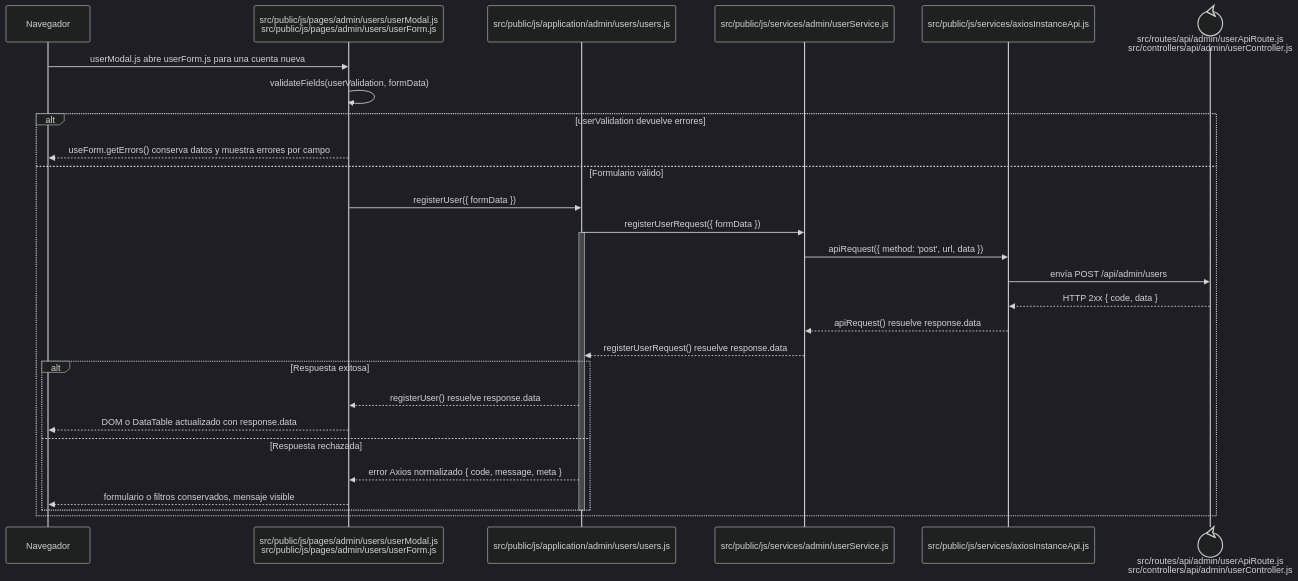
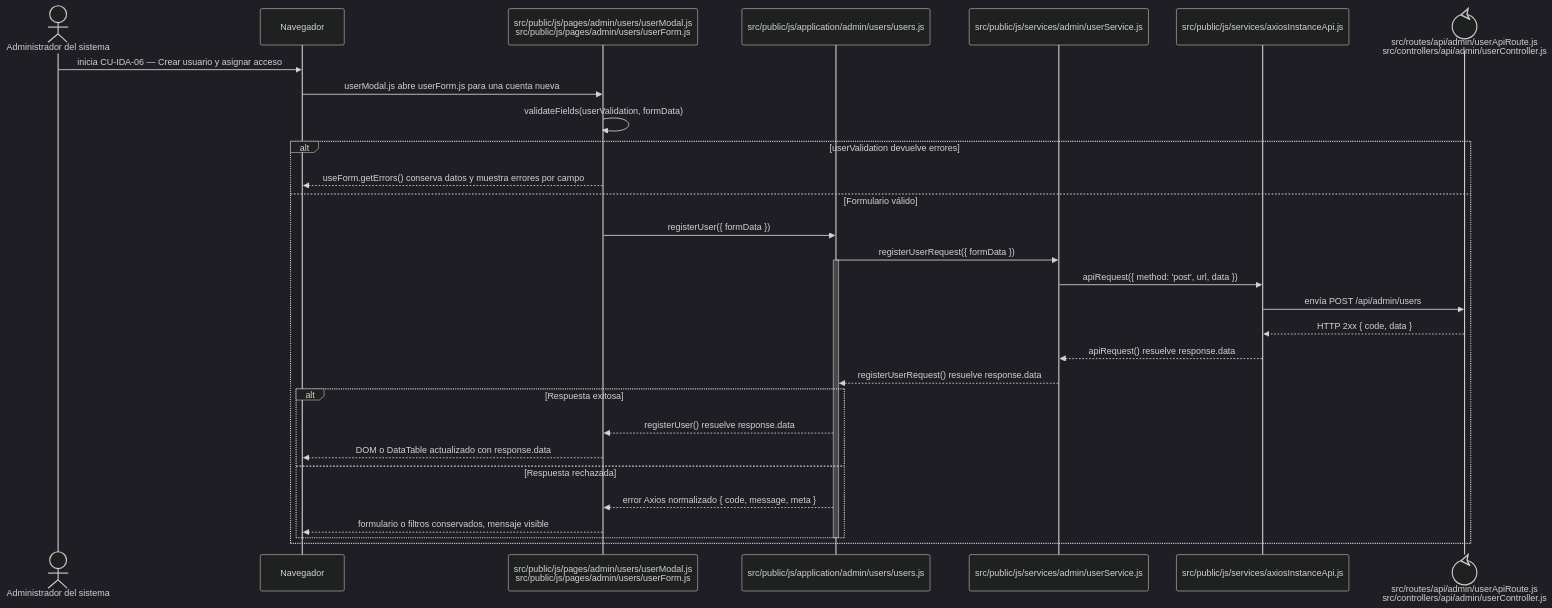
One commit to gpgsistemas01/nexus changed the diagram in docs/architecture/frontend-code-sequences/identity-access/cu-ida-06.md. Above: the diagram before and after it, drawn with Mermaid (dark theme). The commit also changed 105 other files, not shown here.

````diff
--- a/docs/architecture/frontend-code-sequences/identity-access/cu-ida-06.md
+++ b/docs/architecture/frontend-code-sequences/identity-access/cu-ida-06.md
@@ -6,32 +6,34 @@
 ```mermaid
 sequenceDiagram
+    actor Initiator as Administrador del sistema
     participant Browser as Navegador
     participant View as src/public/js/pages/admin/users/userModal.js<br/>src/public/js/pages/admin/users/userForm.js
     participant Application as src/public/js/application/admin/users/users.js
     participant Request as src/public/js/services/admin/userService.js
     participant HTTP as src/public/js/services/axiosInstanceApi.js
     participant Transport@{ "type": "control" } as src/routes/api/admin/userApiRoute.js<br/>src/controllers/api/admin/userController.js
 
+    Initiator->>Browser: inicia CU-IDA-06 — Crear usuario y asignar acceso
     Browser->>View: userModal.js abre userForm.js para una cuenta nueva
     View->>View: validateFields(userValidation, formData)
     alt userValidation devuelve errores
         View-->>Browser: useForm.getErrors() conserva datos y muestra errores por campo
     else Formulario válido
         View->>Application: registerUser({ formData })
         Application->>Request: registerUserRequest({ formData })
         activate Application
         Request->>HTTP: apiRequest({ method: 'post', url, data })
         HTTP->>Transport: envía POST /api/admin/users
         Transport-->>HTTP: HTTP 2xx { code, data }
         HTTP-->>Request: apiRequest() resuelve response.data
         Request-->>Application: registerUserRequest() resuelve response.data
         alt Respuesta exitosa
             Application-->>View: registerUser() resuelve response.data
             View-->>Browser: DOM o DataTable actualizado con response.data
         else Respuesta rechazada
             Application-->>View: error Axios normalizado { code, message, meta }
             View-->>Browser: formulario o filtros conservados, mensaje visible
         end
         deactivate Application
     end
 ```
````
